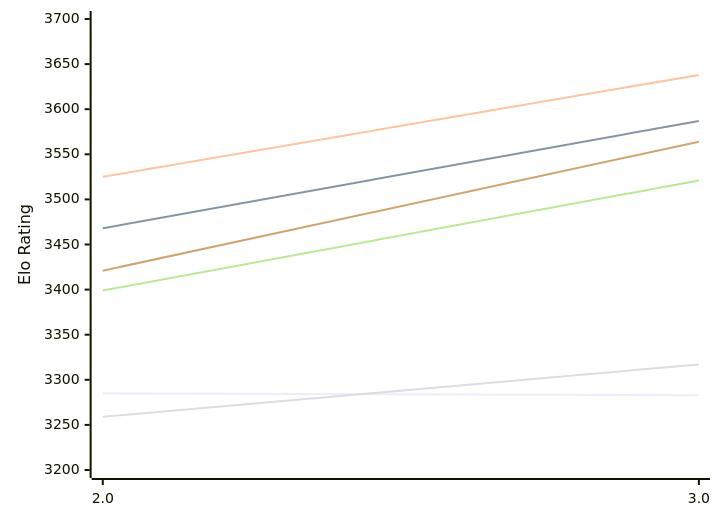
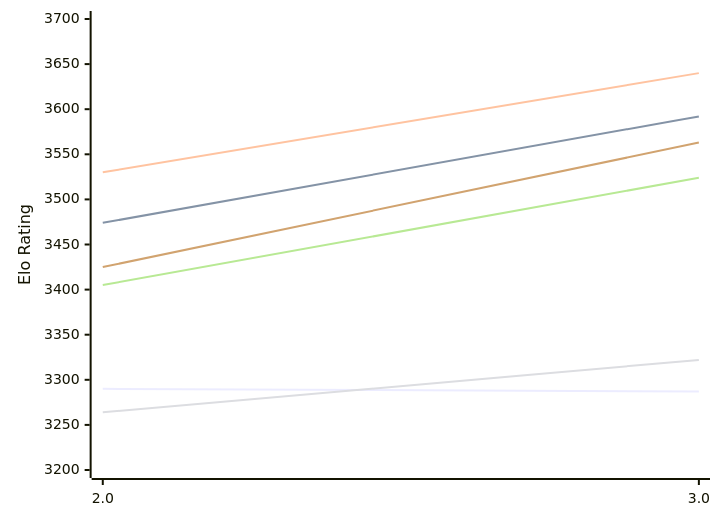
One commit to computer-chess-index/cci changed the first of 2 diagrams in engines/Quanticade.md. Above: the diagram before and after it, drawn with Mermaid. The commit also changed other lines of this file, not shown here.

Commit message:
Update CCI Ratings (ELO VLTC) - 2026-11-20

````diff
--- a/engines/Quanticade.md
+++ b/engines/Quanticade.md
@@ -50,12 +50,12 @@
 ```mermaid
 %%{init: {"theme":"base","themeVariables":{"seriesColors:['#a3a3a3','#222221','#faa371']}}}%%
 xychart-beta
   x-axis ["2.0", "3.0"]
   y-axis "Elo Rating" 3200 --> 3700
-  line "E1: STC (8.0+0.08s)" [3285, 3283]
-  line "E1: LTC (60.0+0.60s)" [3468, 3587]
-  line "E1: VLTC (2m24s+1.12s)" [3525, 3638]
-  line "P1: STC (8.0+0.08s)" [3259, 3317]
-  line "P1: LTC (60.0+0.60s)" [3399, 3521]
-  line "P1: VLTC (2m24s+1.12s)" [3421, 3564]
+  line "E1: STC (8.0+0.08s)" [3290, 3287]
+  line "E1: LTC (60.0+0.60s)" [3474, 3592]
+  line "E1: VLTC (2m24s+1.12s)" [3530, 3640]
+  line "P1: STC (8.0+0.08s)" [3264, 3322]
+  line "P1: LTC (60.0+0.60s)" [3405, 3524]
+  line "P1: VLTC (2m24s+1.12s)" [3425, 3563]
 ```
````
